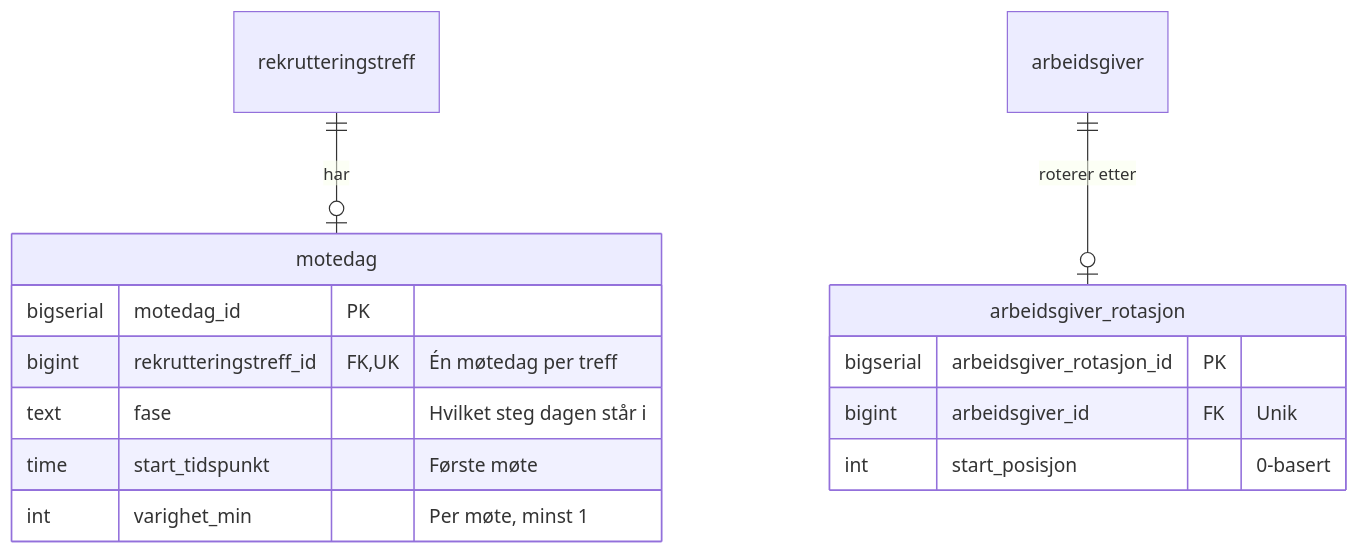
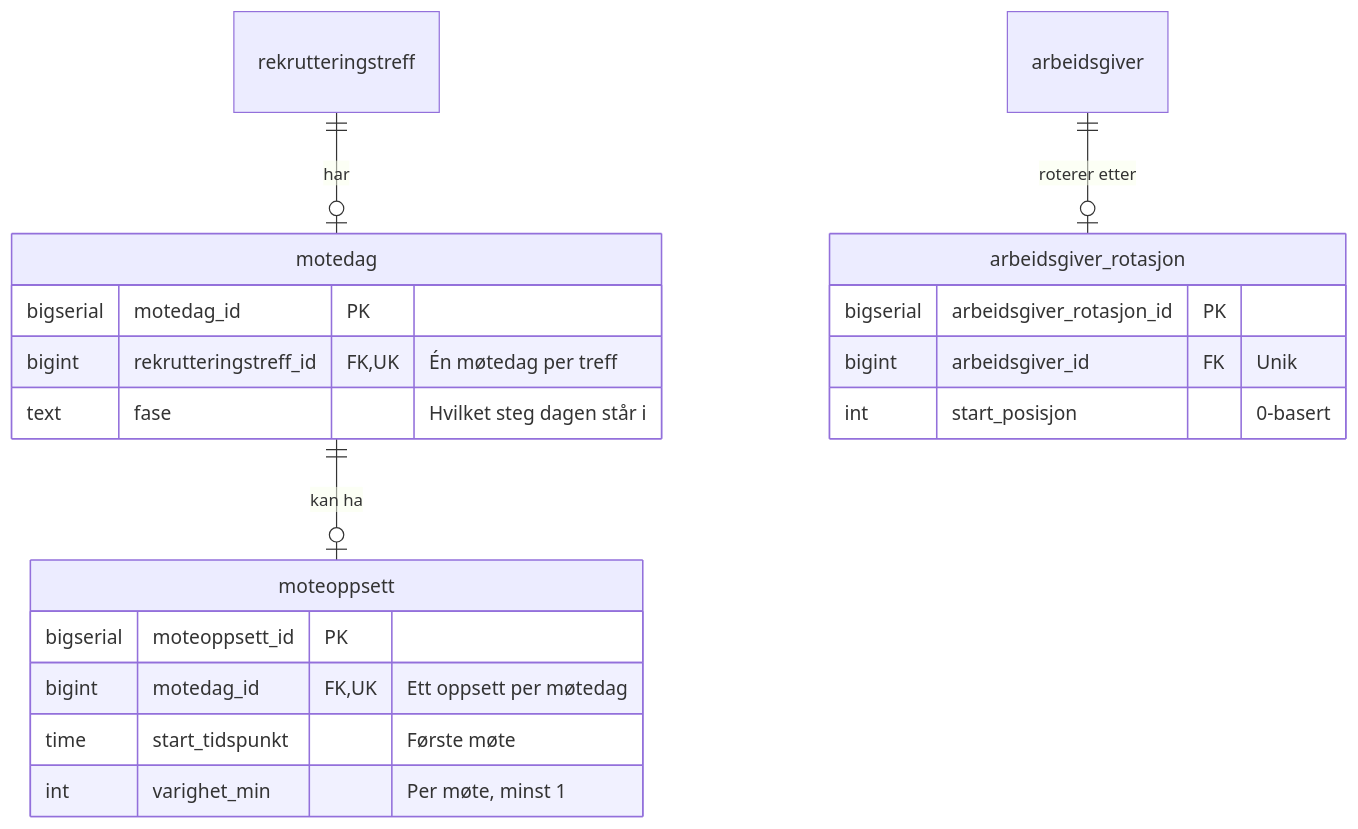
The first of 4 diagrams in docs/9-planer/workop/motedag-oppmote-rom-og-fordeling.md (navikt/rekrutteringstreff-backend), drawn with Mermaid before and after one commit. The commit also changed other lines of this file, not shown here.

````diff
--- a/docs/9-planer/workop/motedag-oppmote-rom-og-fordeling.md
+++ b/docs/9-planer/workop/motedag-oppmote-rom-og-fordeling.md
@@ -927,17 +1084,22 @@
 ```mermaid
 erDiagram
     rekrutteringstreff ||--o| motedag : "har"
+    motedag ||--o| moteoppsett : "kan ha"
     arbeidsgiver ||--o| arbeidsgiver_rotasjon : "roterer etter"
     motedag {
         bigserial motedag_id PK
         bigint rekrutteringstreff_id FK, UK "Én møtedag per treff"
         text fase "Hvilket steg dagen står i"
+    }
+    moteoppsett {
+        bigserial moteoppsett_id PK
+        bigint motedag_id FK, UK "Ett oppsett per møtedag"
         time start_tidspunkt "Første møte"
         int varighet_min "Per møte, minst 1"
     }
     arbeidsgiver_rotasjon {
         bigserial arbeidsgiver_rotasjon_id PK
         bigint arbeidsgiver_id FK "Unik"
         int start_posisjon "0-basert"
     }
 ```
````
